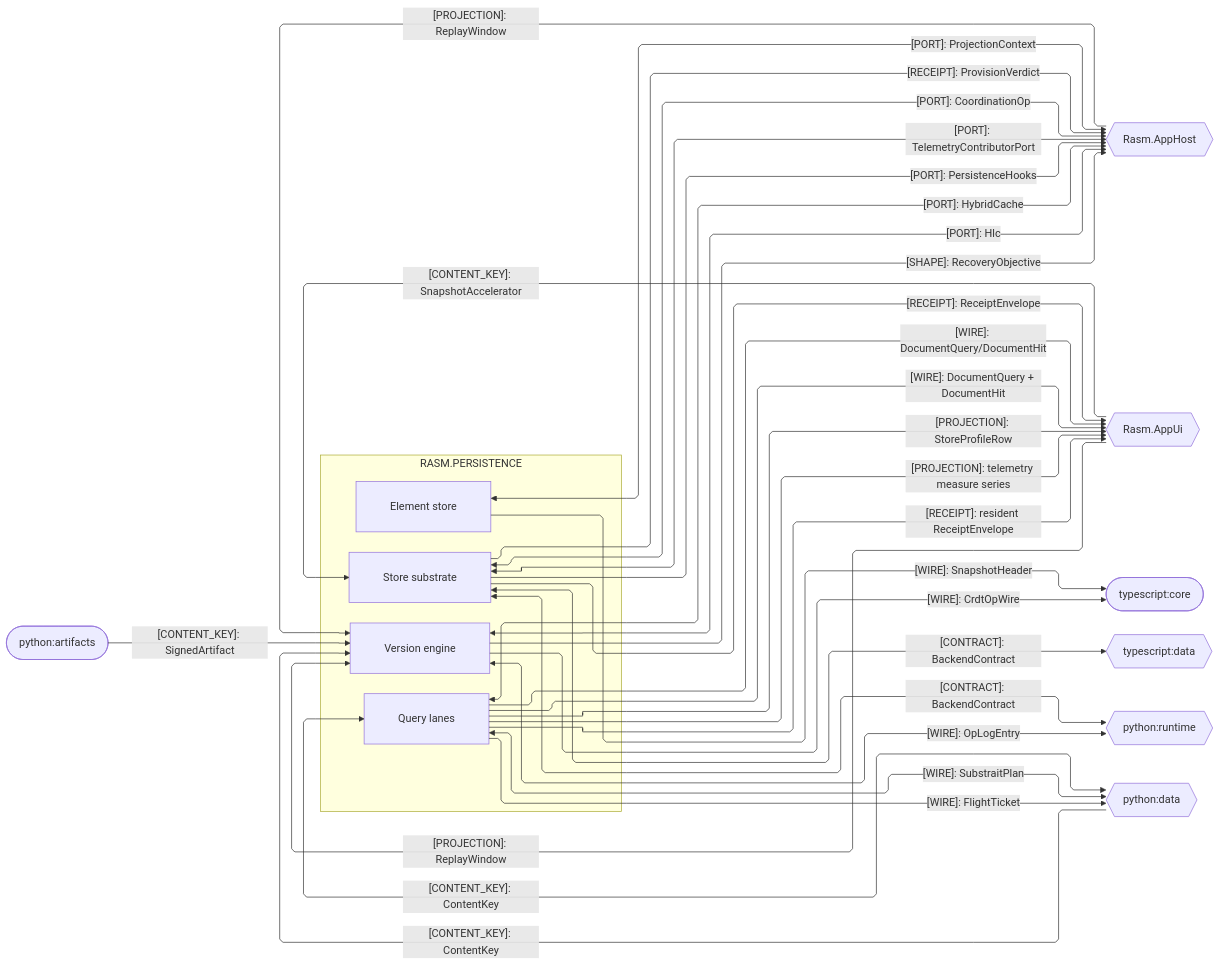
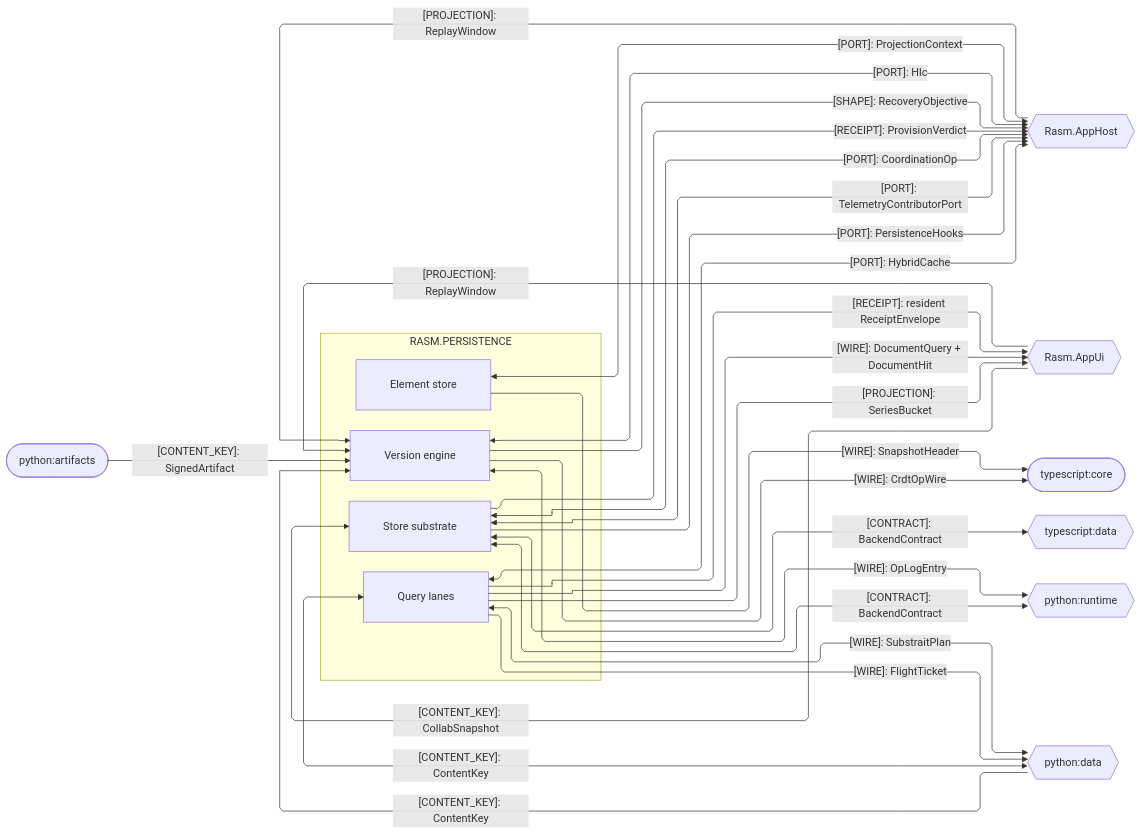
One commit to bsamiee/Rasm changed the third of 4 diagrams in libs/csharp/Rasm.Persistence/ARCHITECTURE.md. Above: the diagram before and after it, drawn with Mermaid. The commit also changed other lines of this file and 56 other files, not shown here.

````diff
--- a/libs/csharp/Rasm.Persistence/ARCHITECTURE.md
+++ b/libs/csharp/Rasm.Persistence/ARCHITECTURE.md
@@ -162,52 +165,49 @@
 ```mermaid
 ---
 config:
   layout: elk
   flowchart:
     curve: linear
     padding: 25
 ---
 flowchart LR
     accTitle: Persistence platform and cross-runtime seams
     accDescr: Which ports, wires, projections, and keys cross between Persistence's owners, the app platform, and the runtime peers.
     subgraph persistence[RASM.PERSISTENCE]
         Element[Element store]
         Version[Version engine]
         Query[Query lanes]
         Store[Store substrate]
     end
     AppHost{{Rasm.AppHost}}
     AppUi{{Rasm.AppUi}}
     Core([typescript:core])
     TsData{{typescript:data}}
     Runtime{{python:runtime}}
     Data{{python:data}}
     Artifacts([python:artifacts])
     Element e1@-->|"[WIRE]: SnapshotHeader"| Core
     Version e2@-->|"[WIRE]: CrdtOpWire"| Core
     Version e3@<-->|"[WIRE]: OpLogEntry"| Runtime
     Artifacts e4@-->|"[CONTENT_KEY]: SignedArtifact"| Version
     Data e5@-->|"[CONTENT_KEY]: ContentKey"| Version
     Query e6@<-->|"[WIRE]: SubstraitPlan"| Data
     Query e7@-->|"[WIRE]: FlightTicket"| Data
     Data e8@<-->|"[CONTENT_KEY]: ContentKey"| Query
     Element e9@<-->|"[PORT]: ProjectionContext"| AppHost
     Version e10@<-->|"[PORT]: Hlc"| AppHost
     Query e11@-->|"[WIRE]: DocumentQuery + DocumentHit"| AppUi
-    Query e12@-->|"[PROJECTION]: StoreProfileRow"| AppUi
-    Store e13@-->|"[RECEIPT]: ReceiptEnvelope"| AppUi
-    Version e14@-->|"[SHAPE]: RecoveryObjective"| AppHost
-    AppHost e15@-->|"[PROJECTION]: ReplayWindow"| Version
-    Query e16@<-->|"[PORT]: HybridCache"| AppHost
-    Store e17@<-->|"[PORT]: CoordinationOp"| AppHost
-    Store e18@<-->|"[PORT]: TelemetryContributorPort"| AppHost
-    Store e19@-->|"[PORT]: PersistenceHooks"| AppHost
-    Store e20@-->|"[RECEIPT]: ProvisionVerdict"| AppHost
-    Store e21@<-->|"[CONTRACT]: BackendContract"| Runtime
-    Store e22@<-->|"[CONTRACT]: BackendContract"| TsData
-    AppUi e23@-->|"[PROJECTION]: ReplayWindow"| Version
-    AppUi e24@-->|"[CONTENT_KEY]: SnapshotAccelerator"| Store
-    Query e25@-->|"[PROJECTION]: telemetry measure series"| AppUi
-    Query e26@-->|"[RECEIPT]: resident ReceiptEnvelope"| AppUi
-    Query e27@-->|"[WIRE]: DocumentQuery/DocumentHit"| AppUi
+    Query e12@-->|"[PROJECTION]: SeriesBucket"| AppUi
+    Version e13@-->|"[SHAPE]: RecoveryObjective"| AppHost
+    AppHost e14@-->|"[PROJECTION]: ReplayWindow"| Version
+    Query e15@<-->|"[PORT]: HybridCache"| AppHost
+    Store e16@<-->|"[PORT]: CoordinationOp"| AppHost
+    Store e17@<-->|"[PORT]: TelemetryContributorPort"| AppHost
+    Store e18@-->|"[PORT]: PersistenceHooks"| AppHost
+    Store e19@-->|"[RECEIPT]: ProvisionVerdict"| AppHost
+    Store e20@<-->|"[CONTRACT]: BackendContract"| Runtime
+    Store e21@<-->|"[CONTRACT]: BackendContract"| TsData
+    AppUi e22@-->|"[PROJECTION]: ReplayWindow"| Version
+    AppUi e23@-->|"[CONTENT_KEY]: CollabSnapshot"| Store
+    Query e24@-->|"[RECEIPT]: resident ReceiptEnvelope"| AppUi
 ```
````
